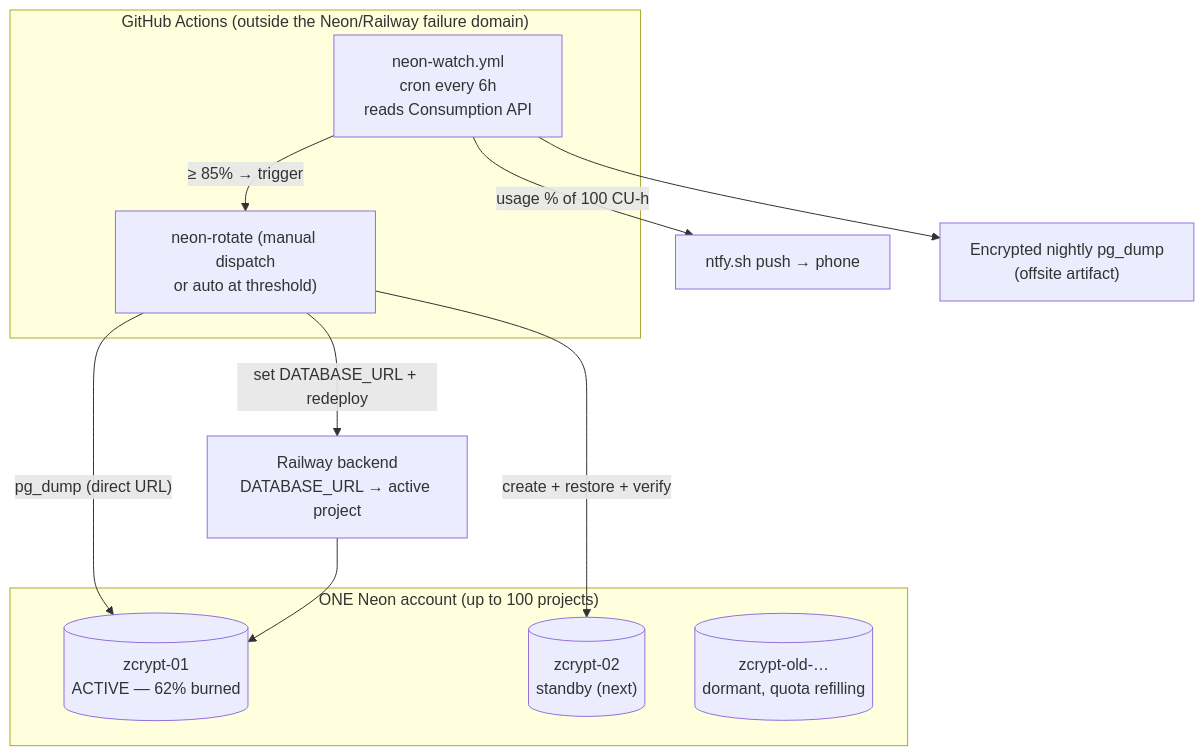
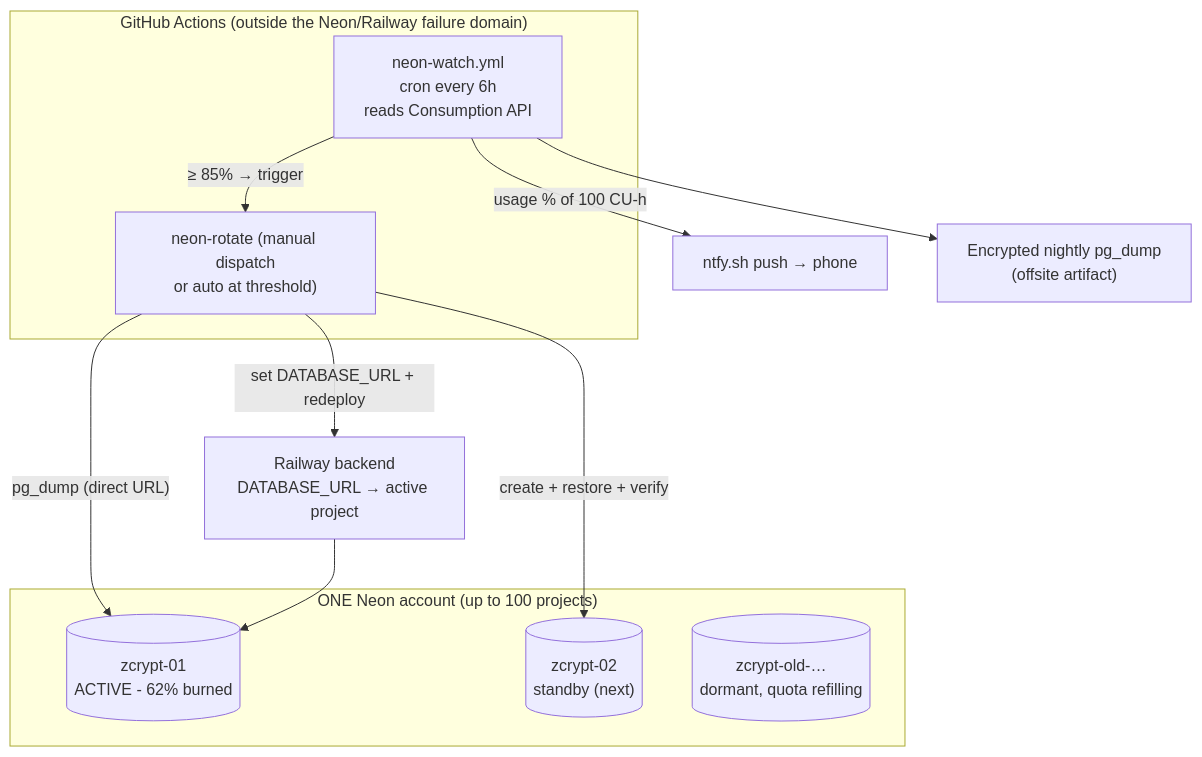
The second of 6 diagrams in docs/DB_SCALING_100_PROJECTS.md (Wosmos/zcrypt), drawn with Mermaid before and after one commit. The commit also changed other lines of this file and 30 other files, not shown here.

````diff
--- a/docs/DB_SCALING_100_PROJECTS.md
+++ b/docs/DB_SCALING_100_PROJECTS.md
@@ -252,25 +252,25 @@
 ```mermaid
 flowchart TB
     subgraph GHA["GitHub Actions (outside the Neon/Railway failure domain)"]
         WATCH["neon-watch.yml<br/>cron every 6h<br/>reads Consumption API"]
         ROTATE["neon-rotate (manual dispatch<br/>or auto at threshold)"]
     end
 
     subgraph NeonAccount["ONE Neon account (up to 100 projects)"]
-        P1[("zcrypt-01<br/>ACTIVE — 62% burned")]
+        P1[("zcrypt-01<br/>ACTIVE - 62% burned")]
         P2[("zcrypt-02<br/>standby (next)")]
         P3[("zcrypt-old-…<br/>dormant, quota refilling")]
     end
 
     RW["Railway backend<br/>DATABASE_URL → active project"]
     NTFY["ntfy.sh push → phone"]
     BAK["Encrypted nightly pg_dump<br/>(offsite artifact)"]
 
     WATCH -->|"usage % of 100 CU-h"| NTFY
     WATCH -->|"≥ 85% → trigger"| ROTATE
     ROTATE -->|"pg_dump (direct URL)"| P1
     ROTATE -->|"create + restore + verify"| P2
     ROTATE -->|"set DATABASE_URL + redeploy"| RW
     RW --> P1
     WATCH --> BAK
 ```
````
